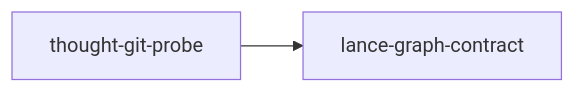
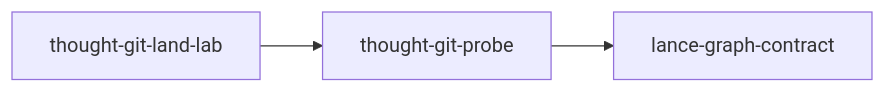
The diagram in .codegraph/crates/thought-git-probe.index.md (AdaWorldAPI/lance-graph), drawn with Mermaid before and after one commit. The commit also changed other lines of this file and 25 other files, not shown here.

First line of the commit message:
chore(thought-git-land-lab): CI job, status row, codegraph index

````diff
--- a/.codegraph/crates/thought-git-probe.index.md
+++ b/.codegraph/crates/thought-git-probe.index.md
@@ -140,6 +142,8 @@
 ```mermaid
 flowchart LR
   n45["lance-graph-contract"]
-  n96["thought-git-probe"]
-  n96 --> n45
+  n96["thought-git-land-lab"]
+  n97["thought-git-probe"]
+  n96 --> n97
+  n97 --> n45
 ```
````
